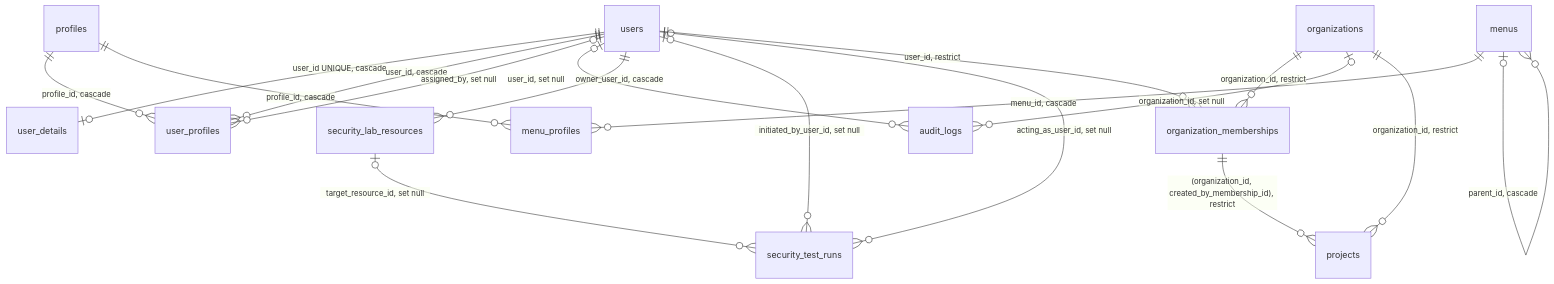
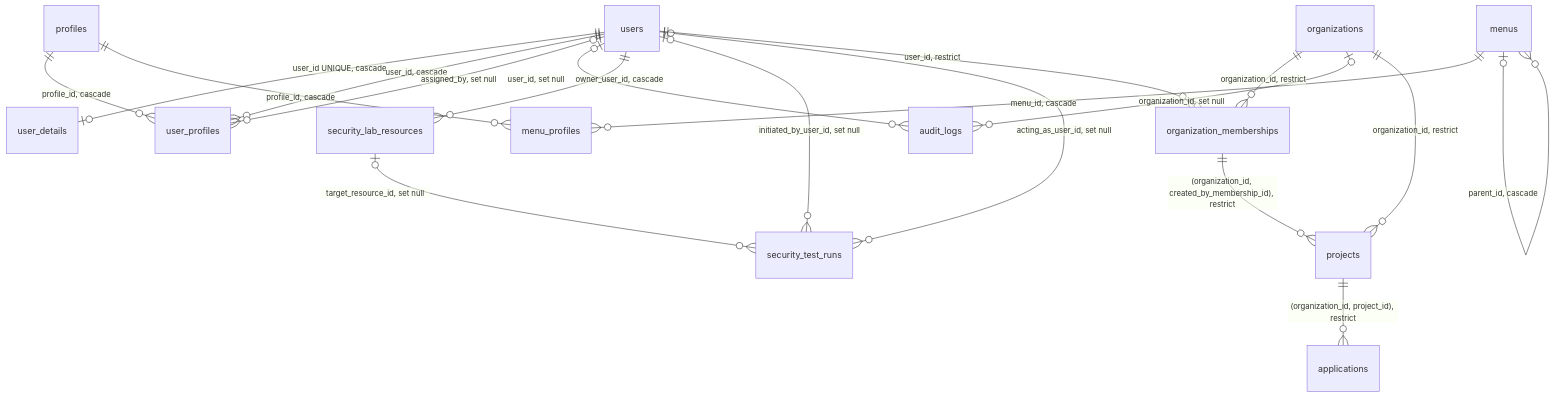
The diagram in docs/database/schema.md (RafaSantos04/NAPI), drawn with Mermaid before and after one commit. The commit also changed other lines of this file and 3 other files, not shown here.

Commit message:
docs(applications): documenta API, schema, autorização e locks da árvore

````diff
--- a/docs/database/schema.md
+++ b/docs/database/schema.md
@@ -11,20 +11,21 @@
 ```mermaid
 erDiagram
     users ||--o| user_details : "user_id UNIQUE, cascade"
     users ||--o{ user_profiles : "user_id, cascade"
     profiles ||--o{ user_profiles : "profile_id, cascade"
     users |o--o{ user_profiles : "assigned_by, set null"
     profiles ||--o{ menu_profiles : "profile_id, cascade"
     menus ||--o{ menu_profiles : "menu_id, cascade"
     menus |o--o{ menus : "parent_id, cascade"
     users |o--o{ audit_logs : "user_id, set null"
     users ||--o{ security_lab_resources : "owner_user_id, cascade"
     users |o--o{ security_test_runs : "initiated_by_user_id, set null"
     users |o--o{ security_test_runs : "acting_as_user_id, set null"
     security_lab_resources |o--o{ security_test_runs : "target_resource_id, set null"
     users ||--o{ organization_memberships : "user_id, restrict"
     organizations ||--o{ organization_memberships : "organization_id, restrict"
     organizations |o--o{ audit_logs : "organization_id, set null"
     organizations ||--o{ projects : "organization_id, restrict"
     organization_memberships ||--o{ projects : "(organization_id, created_by_membership_id), restrict"
+    projects ||--o{ applications : "(organization_id, project_id), restrict"
 ```
````
